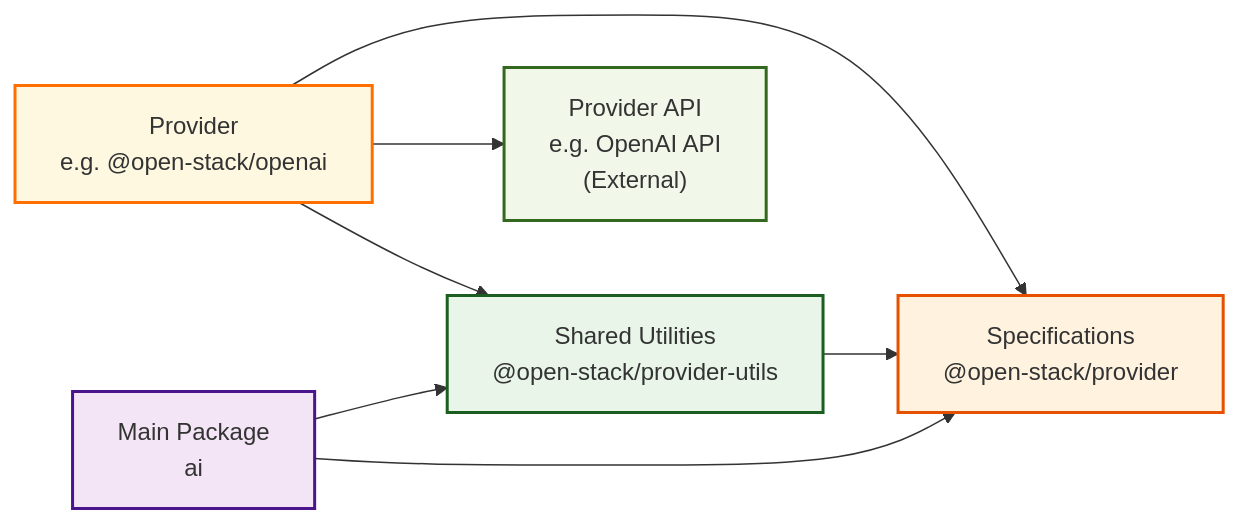
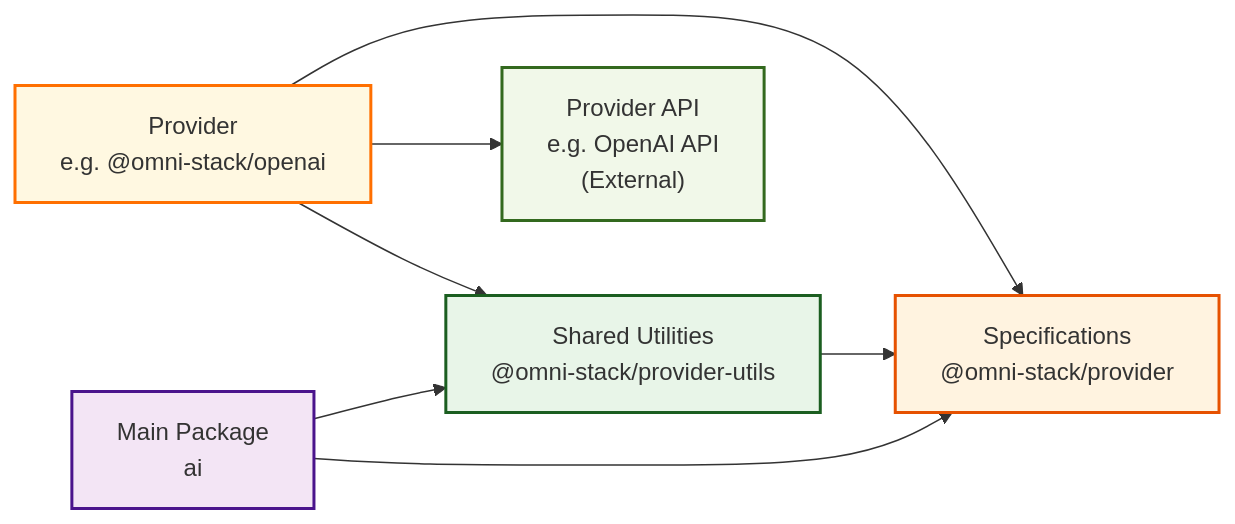
Before and after one commit to necto-pro/omni-sdk: the diagram in contributing/provider-architecture.md, drawn with Mermaid. The commit also changed 2039 other files, not shown here.

Commit message:
rename it back to omni-stack instead of open-stack. Also update the old reference to ai to @omni-stack/core

````diff
--- a/contributing/provider-architecture.md
+++ b/contributing/provider-architecture.md
@@ -7,21 +7,21 @@
 ```mermaid
 graph LR
-    AI["Main Package<br/>ai"] --> PROVIDER["Specifications<br/>@open-stack/provider"]
-    AI --> UTILS["Shared Utilities<br/>@open-stack/provider-utils"]
+    AI["Main Package<br/>ai"] --> PROVIDER["Specifications<br/>@omni-stack/provider"]
+    AI --> UTILS["Shared Utilities<br/>@omni-stack/provider-utils"]
     UTILS --> PROVIDER
-    OPENAI["Provider<br/>e.g. @open-stack/openai"] --> PROVIDER
+    OPENAI["Provider<br/>e.g. @omni-stack/openai"] --> PROVIDER
     OPENAI --> UTILS
     OPENAI --> OPENAI_API["Provider API<br/>e.g. OpenAI API<br/>(External)"]
 
     classDef core fill:#f3e5f5,stroke:#4a148c,stroke-width:2px
     classDef spec fill:#fff3e0,stroke:#e65100,stroke-width:2px
     classDef utils fill:#e8f5e8,stroke:#1b5e20,stroke-width:2px
     classDef provider fill:#fff8e1,stroke:#ff6f00,stroke-width:2px
     classDef external fill:#f1f8e9,stroke:#33691e,stroke-width:2px
 
     class AI core
     class PROVIDER spec
     class UTILS utils
     class OPENAI provider
     class OPENAI_API external
 ```
````
